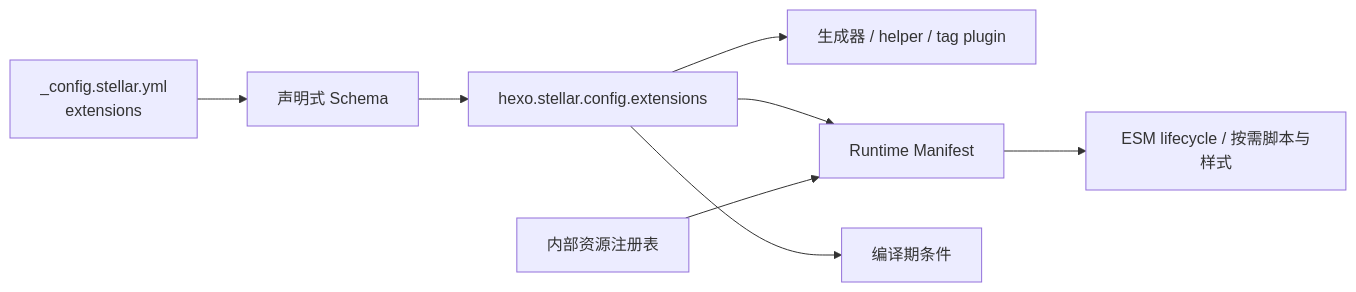
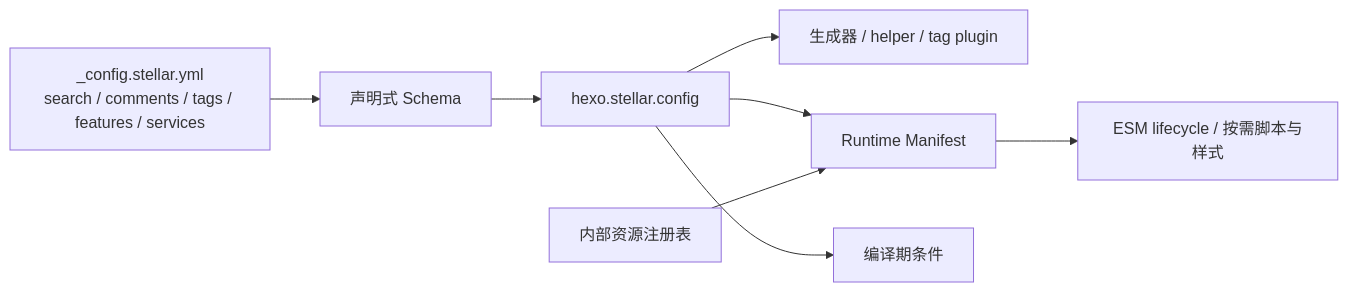
Before and after one commit to xaoxuu/hexo-theme-stellar: the diagram in docs/knowledge/07-外部集成/integrations-overview.md, drawn with Mermaid. The commit also changed other lines of this file and 42 other files, not shown here.

````diff
--- a/docs/knowledge/07-外部集成/integrations-overview.md
+++ b/docs/knowledge/07-外部集成/integrations-overview.md
@@ -23,10 +23,10 @@
 ```mermaid
 flowchart LR
-  YAML["_config.stellar.yml\nextensions"] --> SCHEMA["声明式 Schema"]
-  SCHEMA --> CONFIG["hexo.stellar.config.extensions"]
+  YAML["_config.stellar.yml\nsearch / comments / tags / features / services"] --> SCHEMA["声明式 Schema"]
+  SCHEMA --> CONFIG["hexo.stellar.config"]
   CONFIG --> SERVER["生成器 / helper / tag plugin"]
   CONFIG --> EJS["Runtime Manifest"]
   CONFIG --> STYLUS["编译期条件"]
   ASSETS["内部资源注册表"] --> EJS
   EJS --> PAGE["ESM lifecycle / 按需脚本与样式"]
 ```
````
